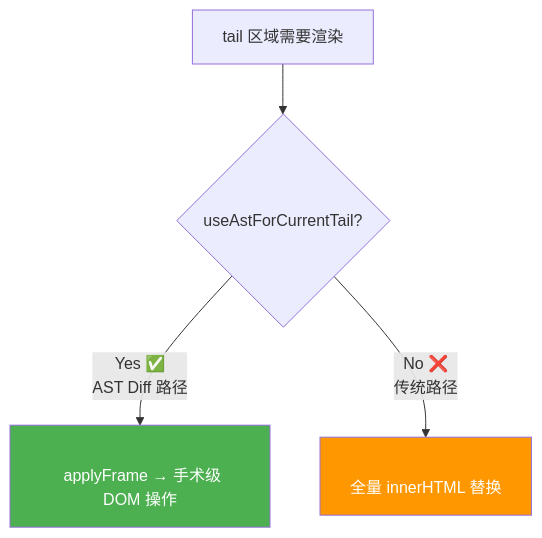
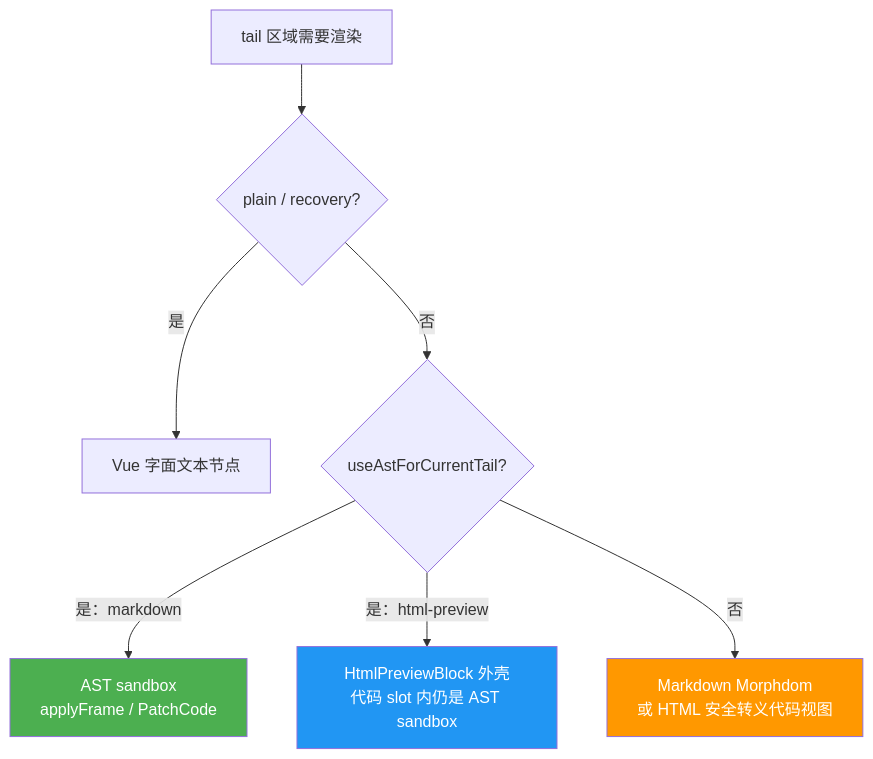
The fifth of 5 diagrams in docs/modules/ast-diff/05_MessageRenderer集成与rAF渲染节流.md (MRiecy/VCPMobile), drawn with Mermaid before and after one commit. The commit also changed other lines of this file and 12 other files, not shown here.

Commit message:
feat(stream): render HTML tails incrementally

````diff
--- a/docs/modules/ast-diff/05_MessageRenderer集成与rAF渲染节流.md
+++ b/docs/modules/ast-diff/05_MessageRenderer集成与rAF渲染节流.md
@@ -428,11 +389,13 @@
 ```mermaid
 flowchart TD
-    Entry["tail 区域需要渲染"] --> Flag{"useAstForCurrentTail?"}
-
-    Flag -->|"Yes ✅<br/>AST Diff 路径"| ASTPath["<div ref='tailSandboxRef'><br/>  applyFrame → 手术级 DOM 操作<br/></div>"]
-
-    Flag -->|"No ❌<br/>传统路径"| HTMLPath["<div v-html='renderMarkdownNodes(tailNodes)'><br/>  全量 innerHTML 替换<br/></div>"]
+    Entry["tail 区域需要渲染"] --> Plain{"plain / recovery?"}
+    Plain -->|"是"| TextPath["Vue 字面文本节点"]
+    Plain -->|"否"| Ast{"useAstForCurrentTail?"}
+    Ast -->|"是：markdown"| ASTPath["AST sandbox<br/>applyFrame / PatchCode"]
+    Ast -->|"是：html-preview"| HtmlPath["HtmlPreviewBlock 外壳<br/>代码 slot 内仍是 AST sandbox"]
+    Ast -->|"否"| Fallback["Markdown Morphdom<br/>或 HTML 安全转义代码视图"]
 
     style ASTPath fill:#4caf50,color:#fff
-    style HTMLPath fill:#ff9800,color:#fff
+    style HtmlPath fill:#2196f3,color:#fff
+    style Fallback fill:#ff9800,color:#fff
 ```
````
